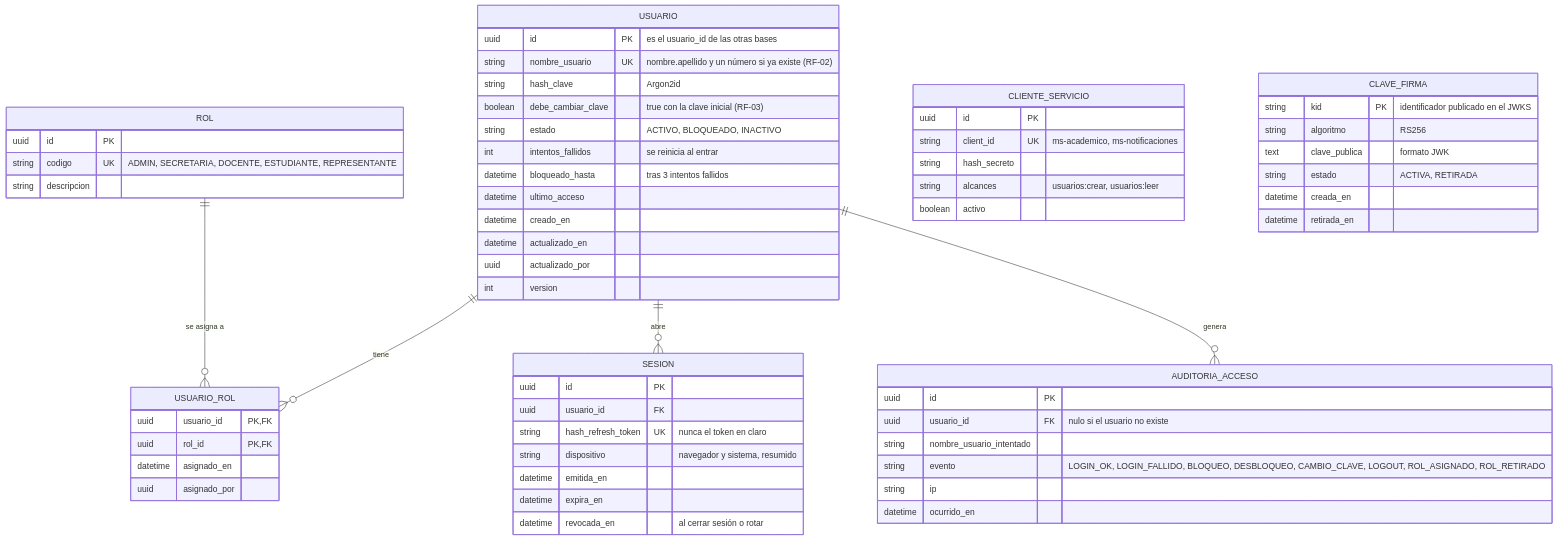
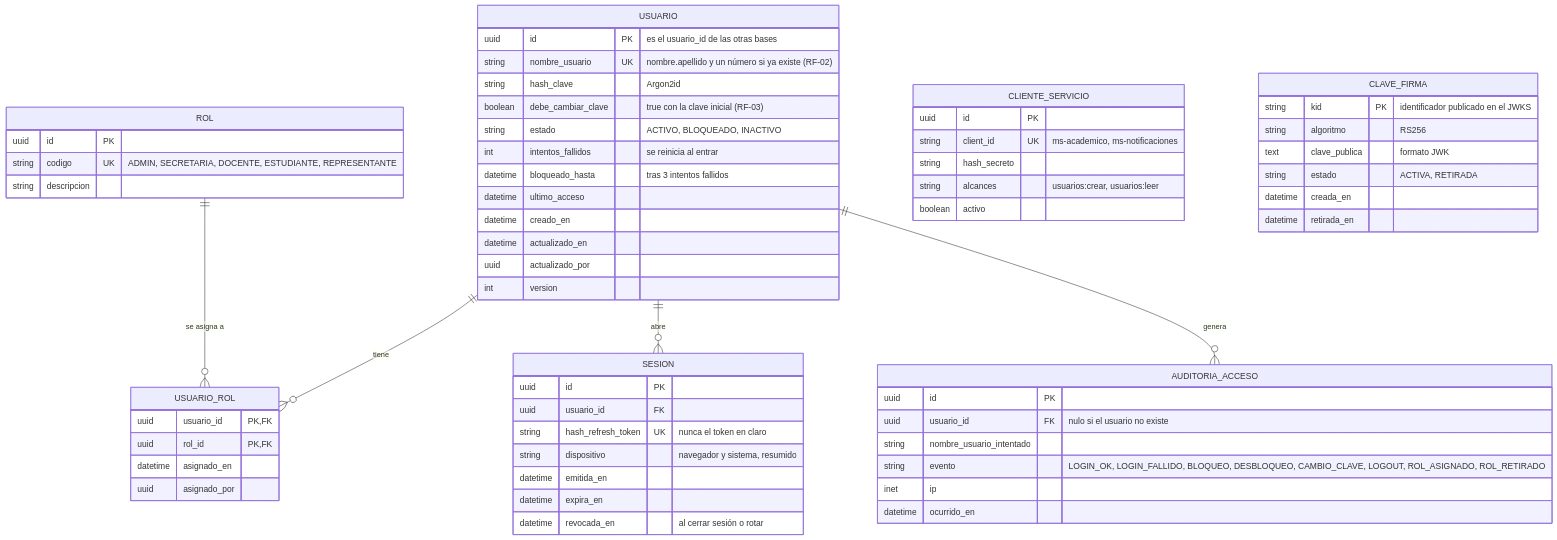
Before and after one commit to SB-Solutions-EC/AulaConecta: the fourth of 5 diagrams in docs/arquitectura/c4.md, drawn with Mermaid. The commit also changed other lines of this file and 11 other files, not shown here.

````diff
--- a/docs/arquitectura/c4.md
+++ b/docs/arquitectura/c4.md
@@ -201,65 +201,65 @@
 ```mermaid
 erDiagram
     USUARIO ||--o{ USUARIO_ROL : "tiene"
     ROL ||--o{ USUARIO_ROL : "se asigna a"
     USUARIO ||--o{ SESION : "abre"
     USUARIO ||--o{ AUDITORIA_ACCESO : "genera"
 
     USUARIO {
         uuid id PK "es el usuario_id de las otras bases"
         string nombre_usuario UK "nombre.apellido y un número si ya existe (RF-02)"
         string hash_clave "Argon2id"
         boolean debe_cambiar_clave "true con la clave inicial (RF-03)"
         string estado "ACTIVO, BLOQUEADO, INACTIVO"
         int intentos_fallidos "se reinicia al entrar"
         datetime bloqueado_hasta "tras 3 intentos fallidos"
         datetime ultimo_acceso
         datetime creado_en
         datetime actualizado_en
         uuid actualizado_por
         int version
     }
     ROL {
         uuid id PK
         string codigo UK "ADMIN, SECRETARIA, DOCENTE, ESTUDIANTE, REPRESENTANTE"
         string descripcion
     }
     USUARIO_ROL {
         uuid usuario_id PK, FK
         uuid rol_id PK, FK
         datetime asignado_en
         uuid asignado_por
     }
     SESION {
         uuid id PK
         uuid usuario_id FK
         string hash_refresh_token UK "nunca el token en claro"
         string dispositivo "navegador y sistema, resumido"
         datetime emitida_en
         datetime expira_en
         datetime revocada_en "al cerrar sesión o rotar"
     }
     AUDITORIA_ACCESO {
         uuid id PK
         uuid usuario_id FK "nulo si el usuario no existe"
         string nombre_usuario_intentado
         string evento "LOGIN_OK, LOGIN_FALLIDO, BLOQUEO, DESBLOQUEO, CAMBIO_CLAVE, LOGOUT, ROL_ASIGNADO, ROL_RETIRADO"
-        string ip
+        inet ip
         datetime ocurrido_en
     }
     CLIENTE_SERVICIO {
         uuid id PK
         string client_id UK "ms-academico, ms-notificaciones"
         string hash_secreto
         string alcances "usuarios:crear, usuarios:leer"
         boolean activo
     }
     CLAVE_FIRMA {
         string kid PK "identificador publicado en el JWKS"
         string algoritmo "RS256"
         text clave_publica "formato JWK"
         string estado "ACTIVA, RETIRADA"
         datetime creada_en
         datetime retirada_en
     }
 ```
````
